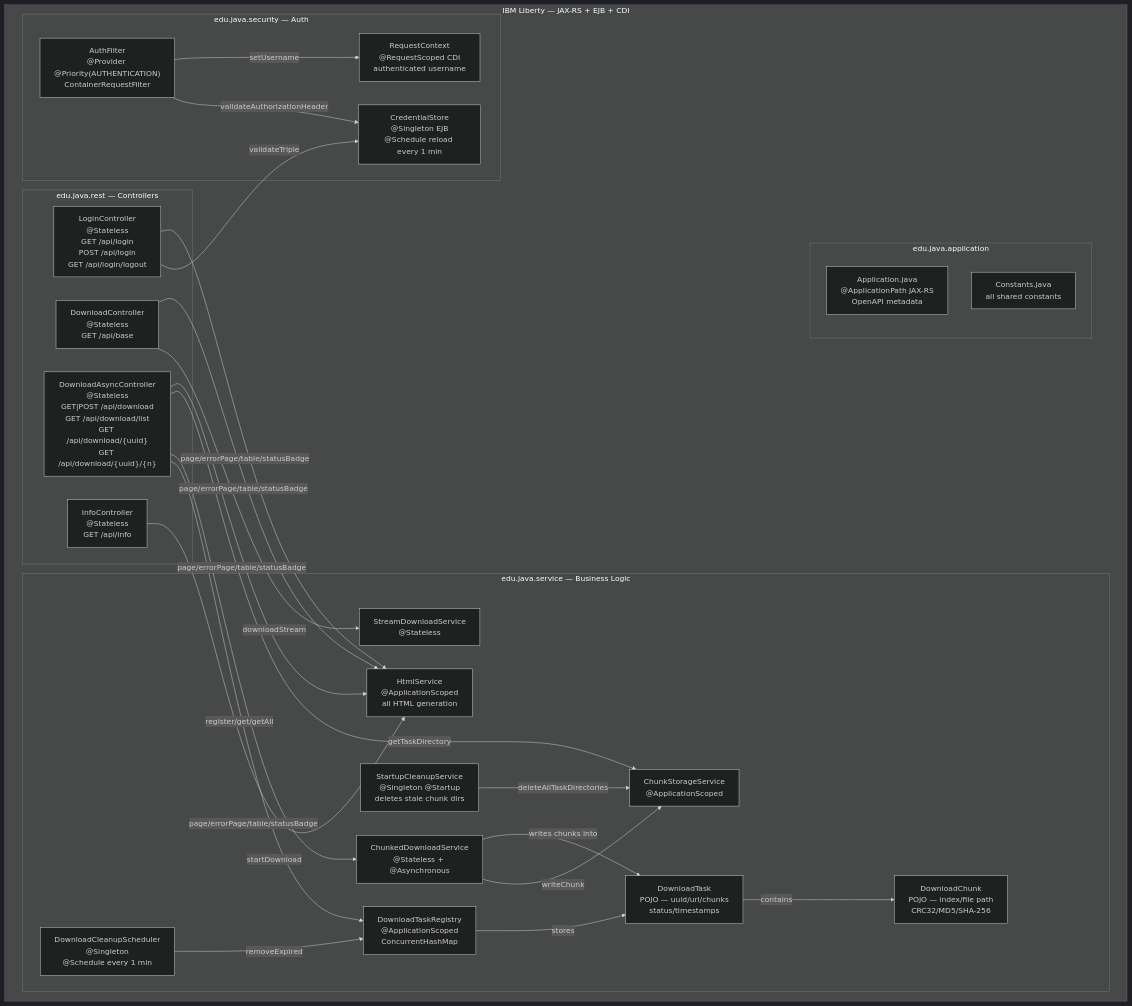
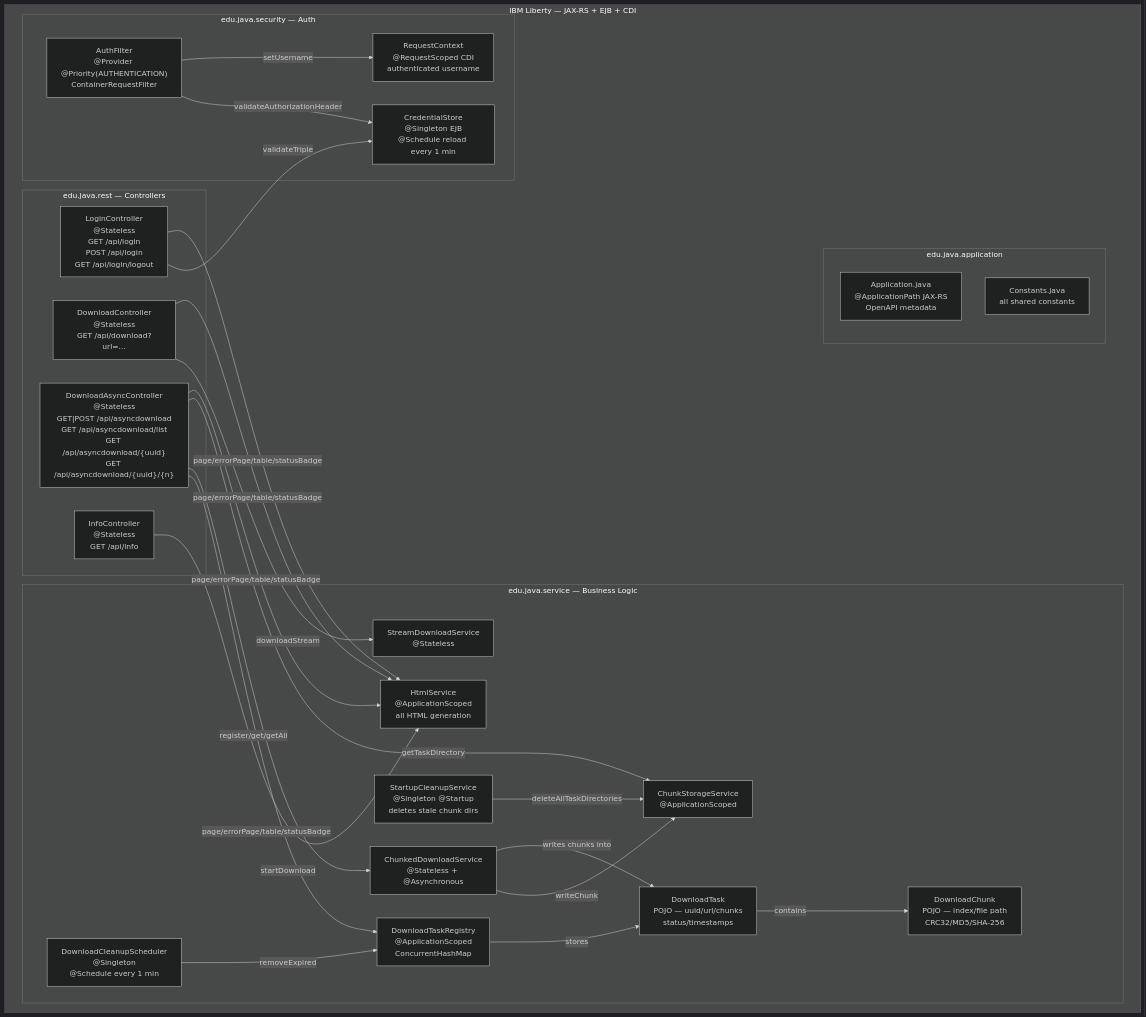
Before and after one commit to Warpguru/BaseDownloader: the first of 7 diagrams in README.md, drawn with Mermaid (dark theme). The commit also changed other lines of this file and 2 other files, not shown here.

````diff
--- a/README.md
+++ b/README.md
@@ -35,46 +35,46 @@
 ```mermaid
 graph TD
     subgraph Liberty["IBM Liberty — JAX-RS + EJB + CDI"]
         subgraph rest["edu.java.rest — Controllers"]
             LC["LoginController\n@Stateless\nGET /api/login\nPOST /api/login\nGET /api/login/logout"]
             IC["InfoController\n@Stateless\nGET /api/info"]
-            DC["DownloadController\n@Stateless\nGET /api/base"]
-            DAC["DownloadAsyncController\n@Stateless\nGET|POST /api/download\nGET /api/download/list\nGET /api/download/{uuid}\nGET /api/download/{uuid}/{n}"]
+            DC["DownloadController\n@Stateless\nGET /api/download?url=…"]
+            DAC["DownloadAsyncController\n@Stateless\nGET|POST /api/asyncdownload\nGET /api/asyncdownload/list\nGET /api/asyncdownload/{uuid}\nGET /api/asyncdownload/{uuid}/{n}"]
         end
         subgraph security["edu.java.security — Auth"]
             AF["AuthFilter\n@Provider @Priority(AUTHENTICATION)\nContainerRequestFilter"]
             CS["CredentialStore\n@Singleton EJB\n@Schedule reload every 1 min"]
             RC["RequestContext\n@RequestScoped CDI\nauthenticated username"]
         end
         subgraph service["edu.java.service — Business Logic"]
             SDS["StreamDownloadService\n@Stateless"]
             CDS["ChunkedDownloadService\n@Stateless + @Asynchronous"]
             CSS["ChunkStorageService\n@ApplicationScoped"]
             DTR["DownloadTaskRegistry\n@ApplicationScoped\nConcurrentHashMap"]
             DCS["DownloadCleanupScheduler\n@Singleton\n@Schedule every 1 min"]
             SCS["StartupCleanupService\n@Singleton @Startup\ndeletes stale chunk dirs"]
             DT["DownloadTask\nPOJO — uuid/url/chunks\nstatus/timestamps"]
             DC2["DownloadChunk\nPOJO — index/file path\nCRC32/MD5/SHA-256"]
             HS["HtmlService\n@ApplicationScoped\nall HTML generation"]
         end
         subgraph app["edu.java.application"]
             APP["Application.java\n@ApplicationPath JAX-RS\nOpenAPI metadata"]
             CON["Constants.java\nall shared constants"]
         end
     end
 
     AF -->|validateAuthorizationHeader| CS
     AF -->|setUsername| RC
     LC -->|validateTriple| CS
     DC -->|downloadStream| SDS
     DAC -->|register/get/getAll| DTR
     DAC -->|startDownload| CDS
     DAC -->|getTaskDirectory| CSS
     CDS -->|writeChunk| CSS
     CDS -->|writes chunks into| DT
     DT -->|contains| DC2
     DTR -->|stores| DT
     DCS -->|removeExpired| DTR
     SCS -->|deleteAllTaskDirectories| CSS
     LC & IC & DC & DAC -->|page/errorPage/table/statusBadge| HS
 ```
````
